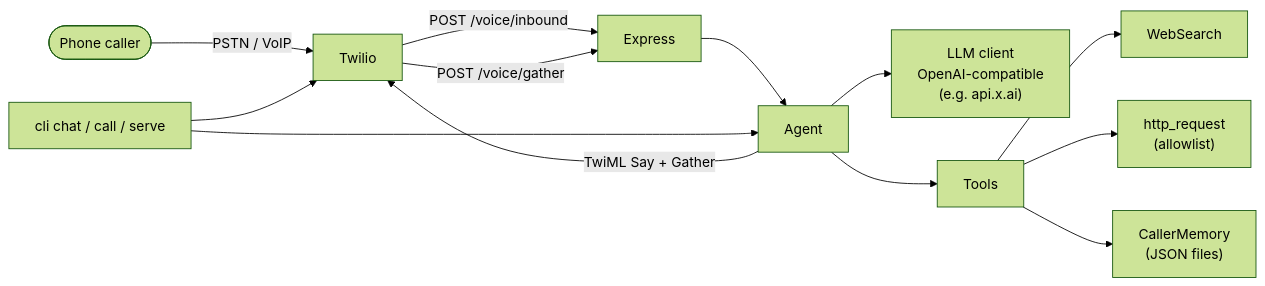
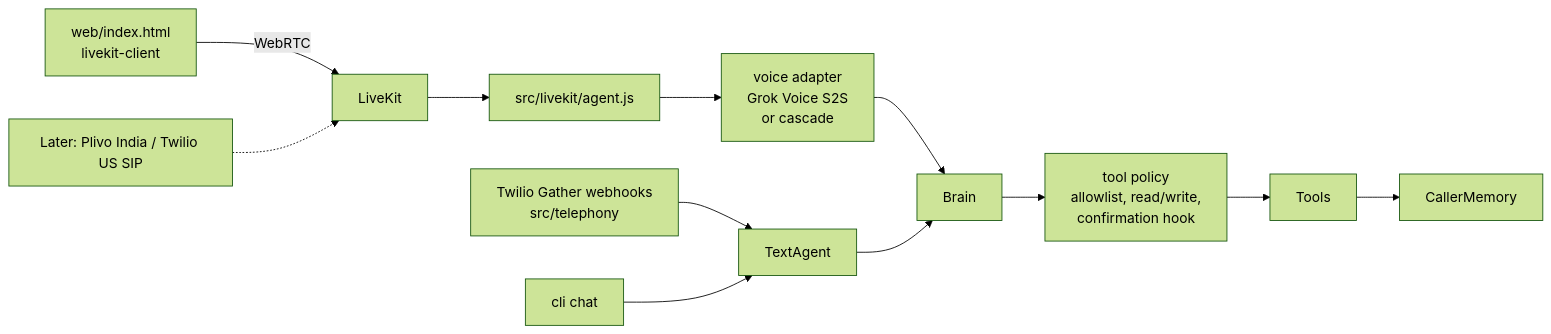
Before and after one commit to sravan2828/Charlie-Agent: the diagram in README.md, drawn with Mermaid (forest theme). The commit also changed other lines of this file and 23 other files, not shown here.

First line of the commit message:
Add a LiveKit voice path that shares the Charlie brain.

````diff
--- a/README.md
+++ b/README.md
@@ -26,15 +26,14 @@
 ```mermaid
 flowchart LR
-  Caller([Phone caller]) -->|PSTN / VoIP| Twilio
-  Twilio -->|POST /voice/inbound| Express
-  Twilio -->|POST /voice/gather| Express
-  Express --> Agent
-  Agent --> LLM["LLM client<br/>OpenAI-compatible<br/>(e.g. api.x.ai)"]
-  Agent --> Tools
-  Tools --> WebSearch
-  Tools --> HTTP["http_request<br/>(allowlist)"]
-  Tools --> Memory["CallerMemory<br/>(JSON files)"]
-  Agent -->|TwiML Say + Gather| Twilio
-  CLI["cli chat / call / serve"] --> Agent
-  CLI --> Twilio
+  Browser["web/index.html<br/>livekit-client"] -->|WebRTC| LiveKit
+  SIP["Later: Plivo India / Twilio US SIP"] -.-> LiveKit
+  LiveKit --> Worker["src/livekit/agent.js"]
+  Worker --> Voice["voice adapter<br/>Grok Voice S2S<br/>or cascade"]
+  Voice --> Brain
+  Twilio["Twilio Gather webhooks<br/>src/telephony"] --> TextAgent
+  CLI["cli chat"] --> TextAgent
+  TextAgent --> Brain
+  Brain --> Policy["tool policy<br/>allowlist, read/write,<br/>confirmation hook"]
+  Policy --> Tools
+  Tools --> Memory["CallerMemory"]
 ```
````
